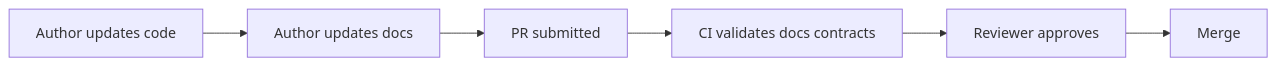
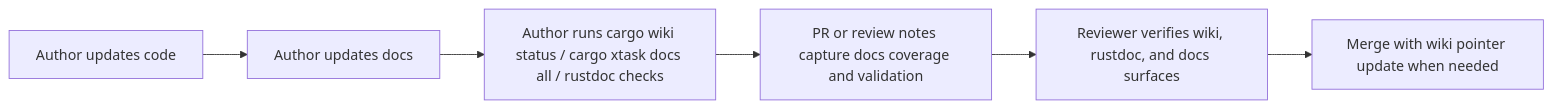
One commit to justinrayshort/os changed the diagram in docs/assets/diagrams/documentation-change-flow.mmd. Above: the diagram before and after it, drawn with Mermaid. The commit also changed other lines of this file and 31 other files, not shown here.

```diff
--- a/docs/assets/diagrams/documentation-change-flow.mmd
+++ b/docs/assets/diagrams/documentation-change-flow.mmd
@@ -1,6 +1,6 @@
 flowchart LR
   A["Author updates code"] --> B["Author updates docs"]
-  B --> C["PR submitted"]
-  C --> D["CI validates docs contracts"]
-  D --> E["Reviewer approves"]
-  E --> F["Merge"]
+  B --> C["Author runs cargo wiki status / cargo xtask docs all / rustdoc checks"]
+  C --> D["PR or review notes capture docs coverage and validation"]
+  D --> E["Reviewer verifies wiki, rustdoc, and docs surfaces"]
+  E --> F["Merge with wiki pointer update when needed"]
```
